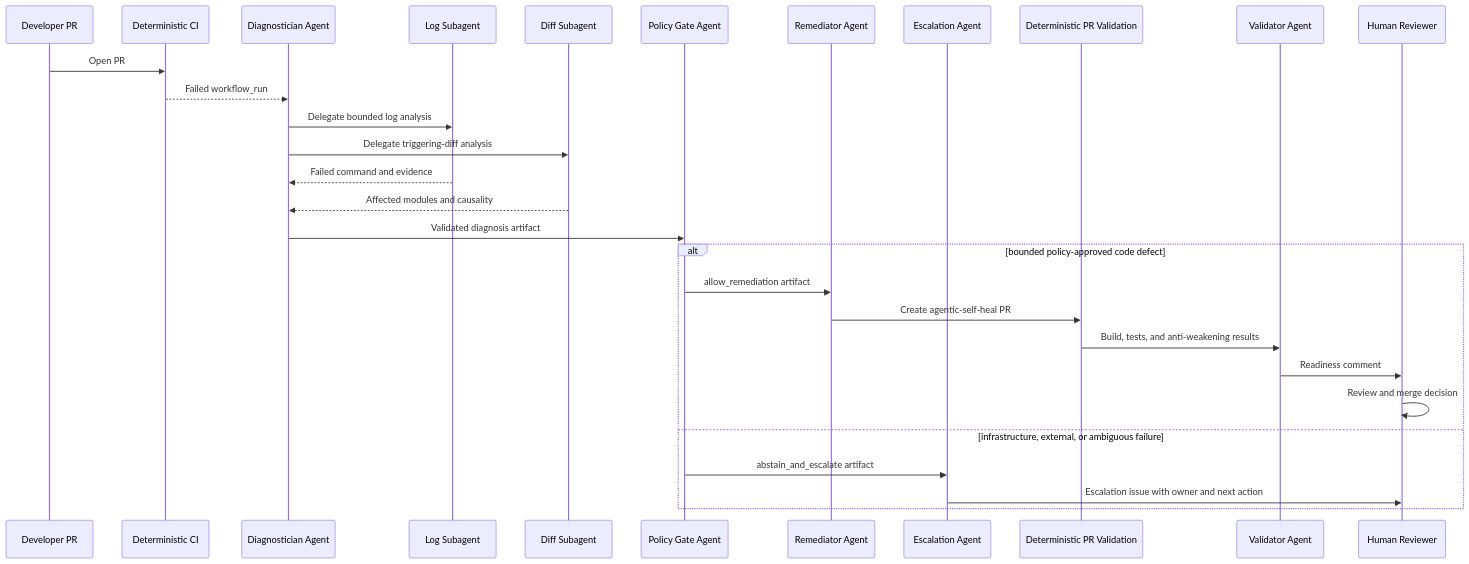
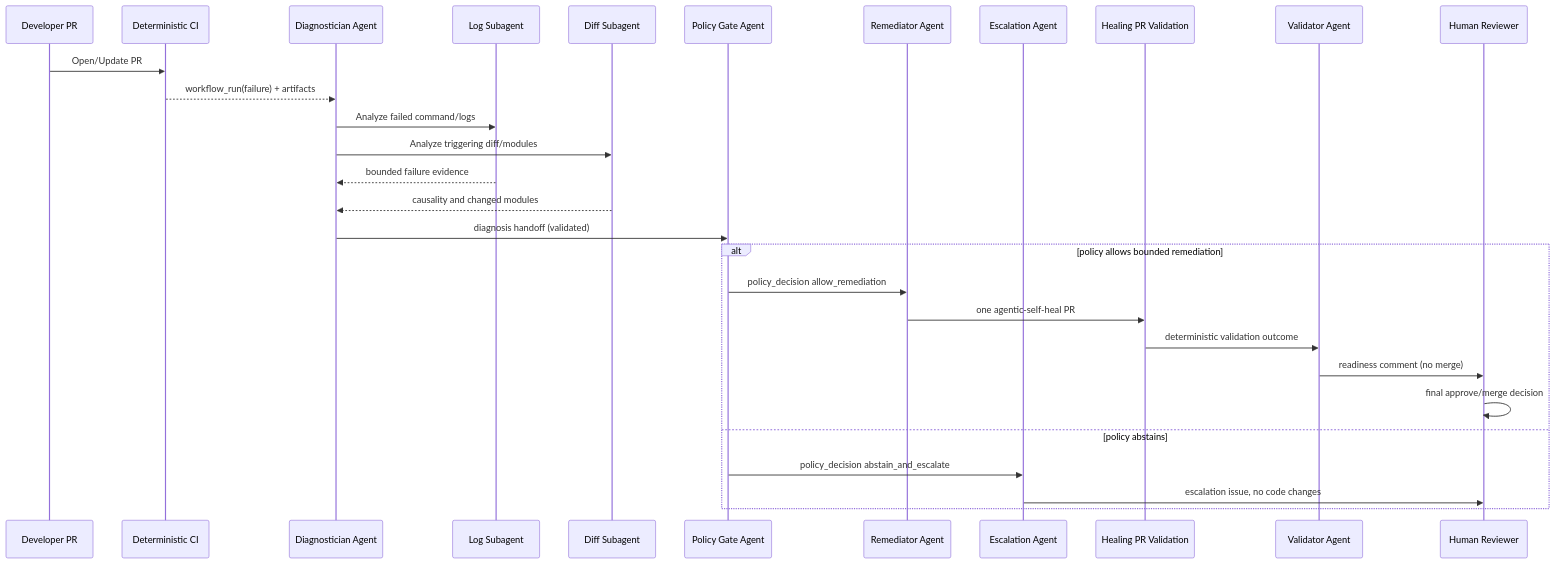
Before and after one commit to dvazqueb11/agentic_workflow: the diagram in docs/architecture.md, drawn with Mermaid. The commit also changed other lines of this file and 41 other files, not shown here.

Commit message:
Add coverage and performance self-healing scenarios

````diff
--- a/docs/architecture.md
+++ b/docs/architecture.md
@@ -3,33 +3,33 @@
 ```mermaid
 sequenceDiagram
     participant Dev as Developer PR
     participant CI as Deterministic CI
     participant D as Diagnostician Agent
     participant LS as Log Subagent
     participant DS as Diff Subagent
     participant P as Policy Gate Agent
     participant R as Remediator Agent
     participant E as Escalation Agent
-    participant V as Deterministic PR Validation
+    participant V as Healing PR Validation
     participant A as Validator Agent
     participant H as Human Reviewer
 
-    Dev->>CI: Open PR
-    CI-->>D: Failed workflow_run
-    D->>LS: Delegate bounded log analysis
-    D->>DS: Delegate triggering-diff analysis
-    LS-->>D: Failed command and evidence
-    DS-->>D: Affected modules and causality
-    D->>P: Validated diagnosis artifact
+    Dev->>CI: Open/Update PR
+    CI-->>D: workflow_run(failure) + artifacts
+    D->>LS: Analyze failed command/logs
+    D->>DS: Analyze triggering diff/modules
+    LS-->>D: bounded failure evidence
+    DS-->>D: causality and changed modules
+    D->>P: diagnosis handoff (validated)
 
-    alt bounded policy-approved code defect
-        P->>R: allow_remediation artifact
-        R->>V: Create agentic-self-heal PR
-        V->>A: Build, tests, and anti-weakening results
-        A->>H: Readiness comment
-        H->>H: Review and merge decision
-    else infrastructure, external, or ambiguous failure
-        P->>E: abstain_and_escalate artifact
-        E->>H: Escalation issue with owner and next action
+    alt policy allows bounded remediation
+      P->>R: policy_decision allow_remediation
+      R->>V: one agentic-self-heal PR
+      V->>A: deterministic validation outcome
+      A->>H: readiness comment (no merge)
+      H->>H: final approve/merge decision
+    else policy abstains
+      P->>E: policy_decision abstain_and_escalate
+      E->>H: escalation issue, no code changes
     end
 ```
````
